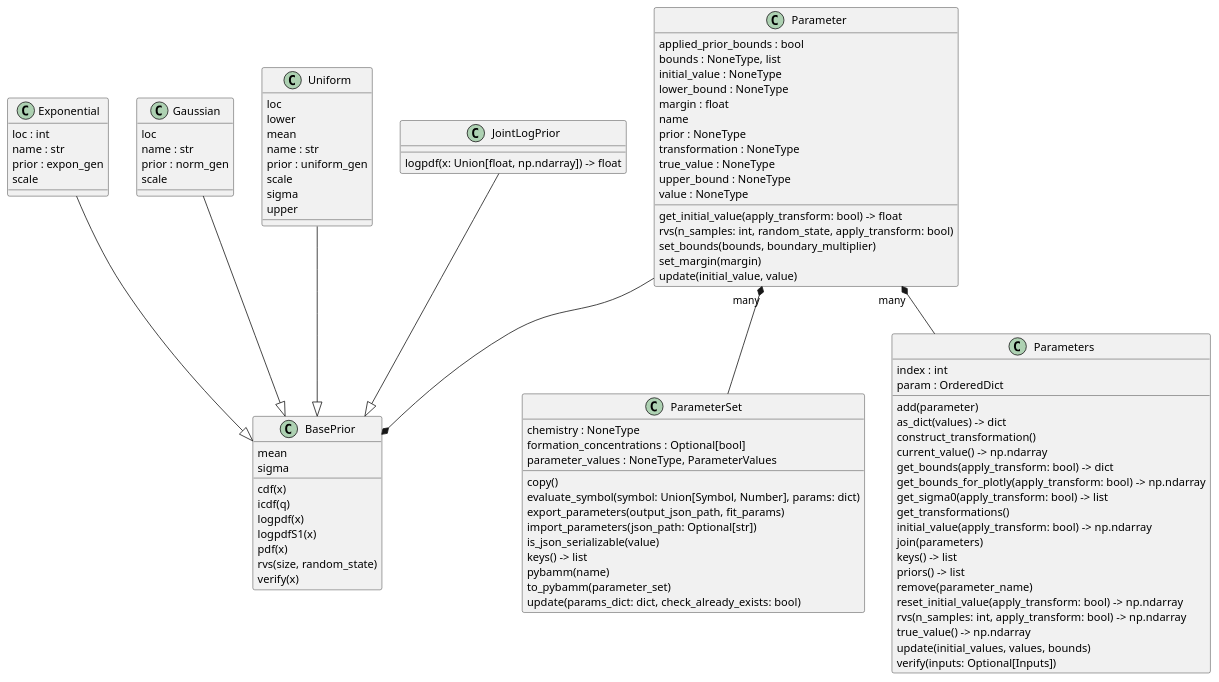
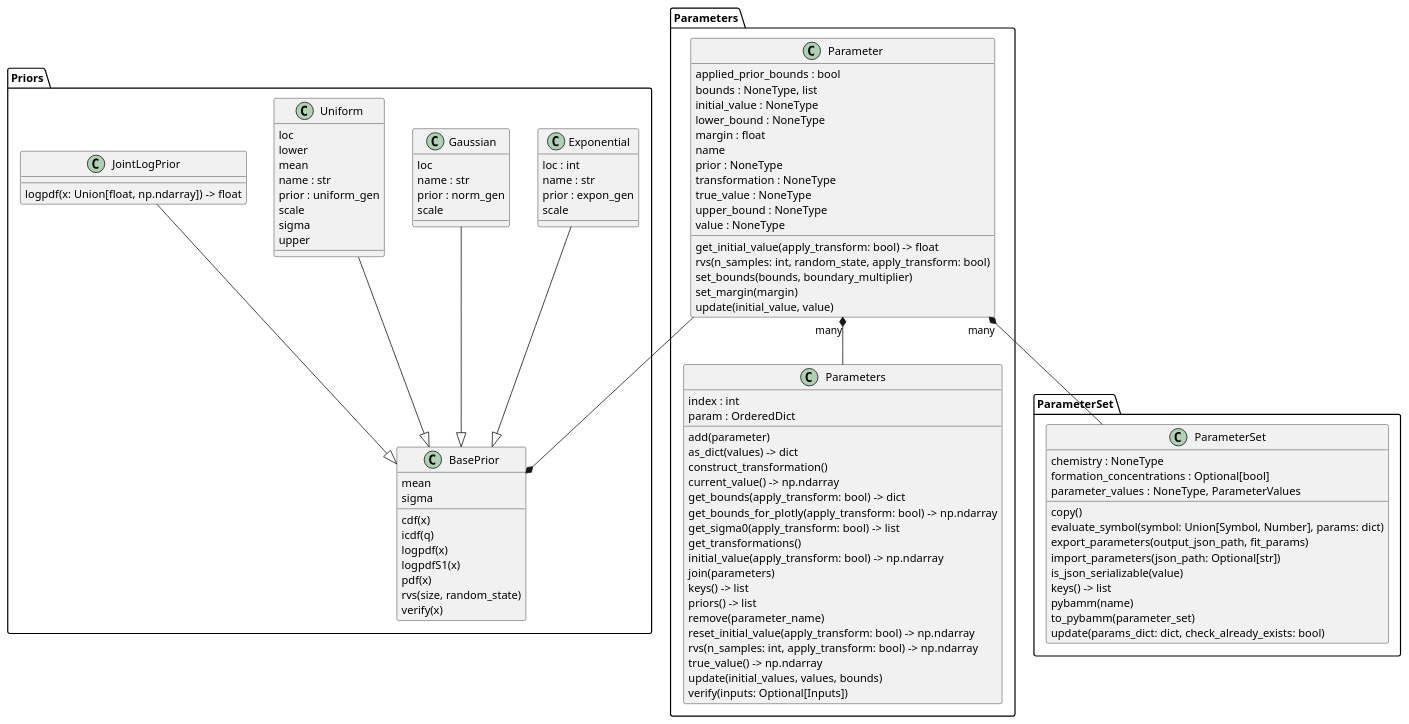
One commit to pybop-team/PyBOP changed the diagram in assets/uml_diagrams/src/auto-gen/parameters-classes.plantuml. Above: the diagram before and after it, drawn with PlantUML. The commit also changed 1 other file, not shown here.

Commit message:
adding package structure to pybop parameters

```diff
--- a/assets/uml_diagrams/src/auto-gen/parameters-classes.plantuml
+++ b/assets/uml_diagrams/src/auto-gen/parameters-classes.plantuml
@@ -1,106 +1,115 @@
 @startuml parameters-pybop-classes
+skinparam groupInheritance 2
 set namespaceSeparator none
+
+package Priors{
 class "BasePrior" as pybop.parameters.priors.BasePrior {
   mean
   sigma
   cdf(x)
   icdf(q)
   logpdf(x)
   logpdfS1(x)
   pdf(x)
   rvs(size, random_state)
   verify(x)
 }
 class "Exponential" as pybop.parameters.priors.Exponential {
   loc : int
   name : str
   prior : expon_gen
   scale
 }
 class "Gaussian" as pybop.parameters.priors.Gaussian {
   loc
   name : str
   prior : norm_gen
   scale
 }
 class "Uniform" as pybop.parameters.priors.Uniform {
   loc
   lower
   mean
   name : str
   prior : uniform_gen
   scale
   sigma
   upper
 }
 class "JointLogPrior" as pybop.parameters.priors.JointLogPrior {
   logpdf(x: Union[float, np.ndarray]) -> float
 }
+}
+package Parameters{
 class "Parameter" as pybop.parameters.parameter.Parameter {
   applied_prior_bounds : bool
   bounds : NoneType, list
   initial_value : NoneType
   lower_bound : NoneType
   margin : float
   name
   prior : NoneType
   transformation : NoneType
   true_value : NoneType
   upper_bound : NoneType
   value : NoneType
   get_initial_value(apply_transform: bool) -> float
   rvs(n_samples: int, random_state, apply_transform: bool)
   set_bounds(bounds, boundary_multiplier)
   set_margin(margin)
   update(initial_value, value)
-}
-class "ParameterSet" as pybop.parameters.parameter_set.ParameterSet {
-  chemistry : NoneType
-  formation_concentrations : Optional[bool]
-  parameter_values : NoneType, ParameterValues
-  copy()
-  evaluate_symbol(symbol: Union[Symbol, Number], params: dict)
-  export_parameters(output_json_path, fit_params)
-  import_parameters(json_path: Optional[str])
-  is_json_serializable(value)
-  keys() -> list
-  pybamm(name)
-  to_pybamm(parameter_set)
-  update(params_dict: dict, check_already_exists: bool)
 }
 class "Parameters" as pybop.parameters.parameter.Parameters {
   index : int
   param : OrderedDict
   add(parameter)
   as_dict(values) -> dict
   construct_transformation()
   current_value() -> np.ndarray
   get_bounds(apply_transform: bool) -> dict
   get_bounds_for_plotly(apply_transform: bool) -> np.ndarray
   get_sigma0(apply_transform: bool) -> list
   get_transformations()
   initial_value(apply_transform: bool) -> np.ndarray
   join(parameters)
   keys() -> list
   priors() -> list
   remove(parameter_name)
   reset_initial_value(apply_transform: bool) -> np.ndarray
   rvs(n_samples: int, apply_transform: bool) -> np.ndarray
   true_value() -> np.ndarray
   update(initial_values, values, bounds)
   verify(inputs: Optional[Inputs])
 }
+}
+package ParameterSet{
+class "ParameterSet" as pybop.parameters.parameter_set.ParameterSet {
+  chemistry : NoneType
+  formation_concentrations : Optional[bool]
+  parameter_values : NoneType, ParameterValues
+  copy()
+  evaluate_symbol(symbol: Union[Symbol, Number], params: dict)
+  export_parameters(output_json_path, fit_params)
+  import_parameters(json_path: Optional[str])
+  is_json_serializable(value)
+  keys() -> list
+  pybamm(name)
+  to_pybamm(parameter_set)
+  update(params_dict: dict, check_already_exists: bool)
+}
+}
+
 
 ' Defining inheritance relationships of baseprior
 pybop.parameters.priors.Exponential --|> pybop.parameters.priors.BasePrior
 pybop.parameters.priors.Gaussian --|> pybop.parameters.priors.BasePrior
 pybop.parameters.priors.JointLogPrior --|> pybop.parameters.priors.BasePrior
 pybop.parameters.priors.Uniform --|> pybop.parameters.priors.BasePrior
 
 ' Defining inheritance relationships of parameter
 pybop.parameters.parameter.Parameter --* pybop.parameters.priors.BasePrior
 
 ' Defining the many relationship between parameter and parameter_set/parameters
 pybop.parameters.parameter.Parameter "many" *--  pybop.parameters.parameter_set.ParameterSet
 pybop.parameters.parameter.Parameter "many" *--  pybop.parameters.parameter.Parameters
 @enduml
```
